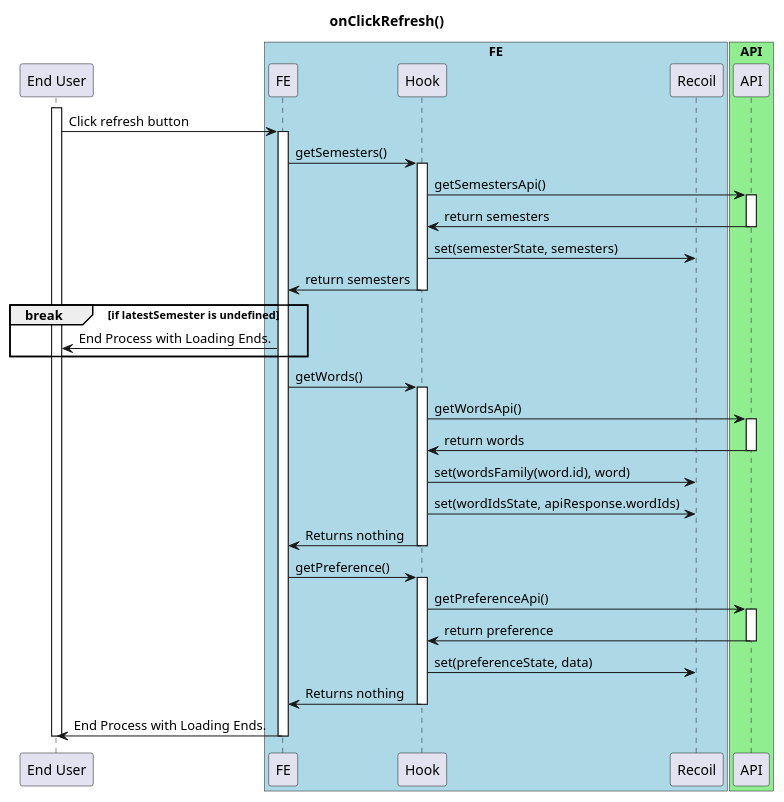
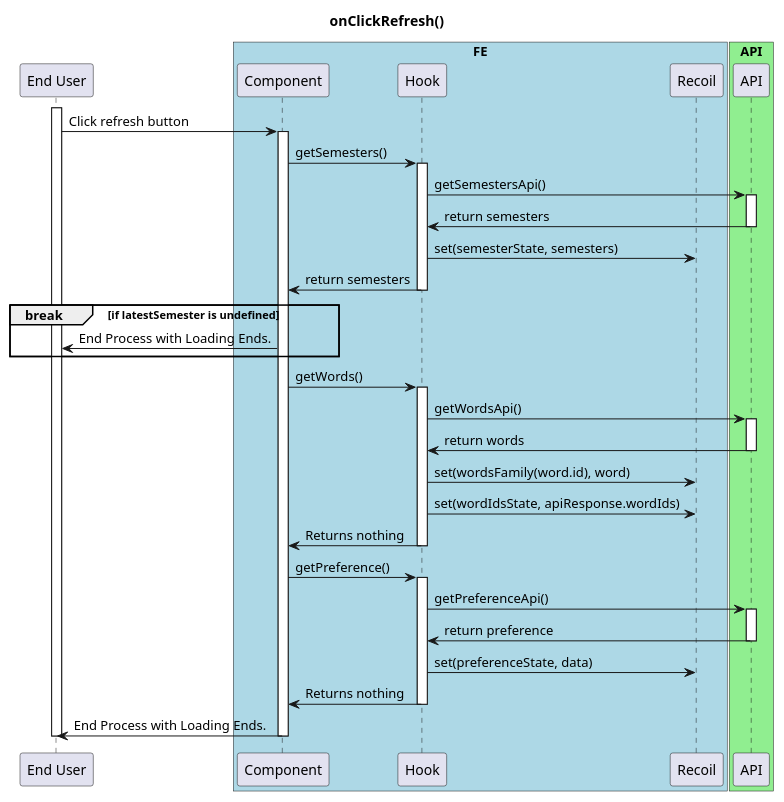
The first of 3 diagrams in dev/activity_diagrams/click-refresh-button.md (ajktown/docs), drawn with PlantUML before and after one commit. The commit also changed other lines of this file and 4 other files, not shown here.

````diff
--- a/dev/activity_diagrams/click-refresh-button.md
+++ b/dev/activity_diagrams/click-refresh-button.md
@@ -23,56 +20,56 @@
 ```plantuml
 
 @startuml
 
 title onClickRefresh()
 
 participant "End User" as user
 
 box "FE" #Lightblue
-  participant "FE" as fe
+  participant "Component" as fe
   participant "Hook" as hook
   participant "Recoil" as recoil
 box
 box "API" #Lightgreen
   participant "API" as api
 box
 
 
 activate user
   user -> fe: Click refresh button
   activate fe
   fe -> hook: getSemesters()
     activate hook
       hook -> api: getSemestersApi()
       activate api
         hook <- api: return semesters
       deactivate api
       hook -> recoil: set(semesterState, semesters)
       fe <- hook: return semesters
     deactivate hook
   break if latestSemester is undefined
     user <- fe: End Process with Loading Ends.
   end break
     fe -> hook: getWords()
     activate hook
       hook -> api: getWordsApi()
       activate api
         hook <- api: return words
       deactivate api
       hook -> recoil: set(wordsFamily(word.id), word)
       hook -> recoil: set(wordIdsState, apiResponse.wordIds)
       fe <- hook: Returns nothing
     deactivate hook
     fe -> hook: getPreference()
     activate hook
       hook -> api: getPreferenceApi()
       activate api
         hook <- api: return preference
       deactivate api
       hook -> recoil: set(preferenceState, data)
       fe <- hook: Returns nothing
     deactivate hook
   user <- fe: End Process with Loading Ends.
   deactivate fe
 deactivate user
 ```
````
